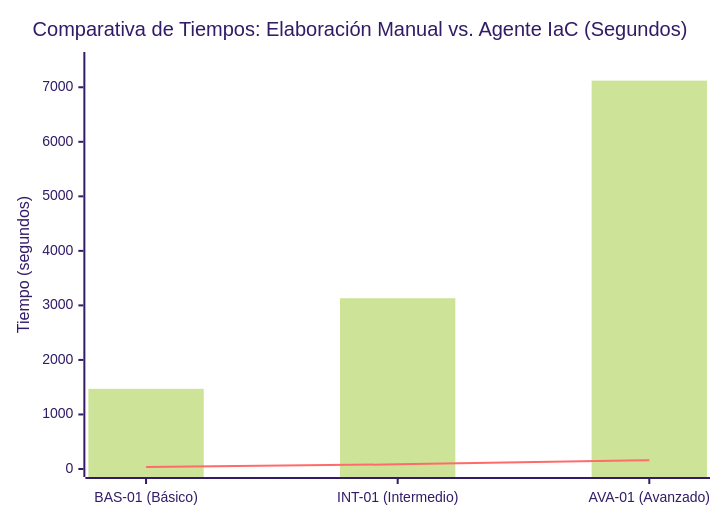
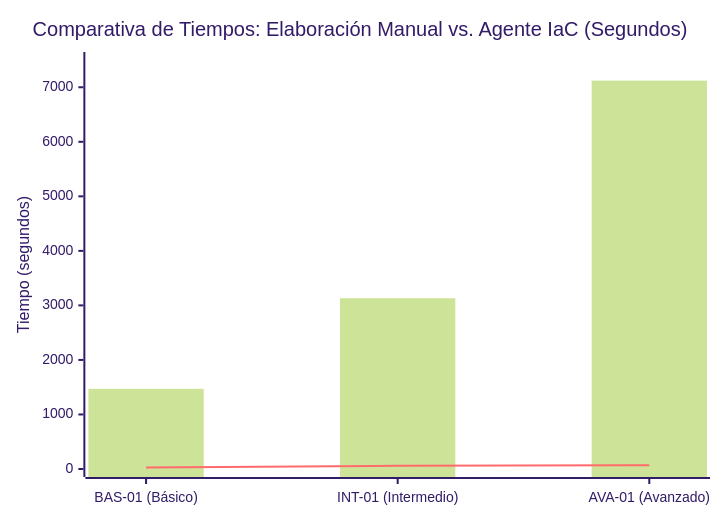
The fourth of 4 diagrams in docs/informe.md (pieroMejiaR/LLM-IAC-GCP), drawn with Mermaid (forest theme) before and after one commit. The commit also changed other lines of this file and 5 other files, not shown here.

````diff
--- a/docs/informe.md
+++ b/docs/informe.md
@@ -483,8 +485,8 @@
 ```mermaid
 xychart-beta
     title "Comparativa de Tiempos: Elaboración Manual vs. Agente IaC (Segundos)"
     x-axis ["BAS-01 (Básico)", "INT-01 (Intermedio)", "AVA-01 (Avanzado)"]
     y-axis "Tiempo (segundos)" 0 --> 7500
     bar [1470, 3132, 7122]
-    line [38, 85, 162]
+    line [27, 60, 69]
 ```
````
